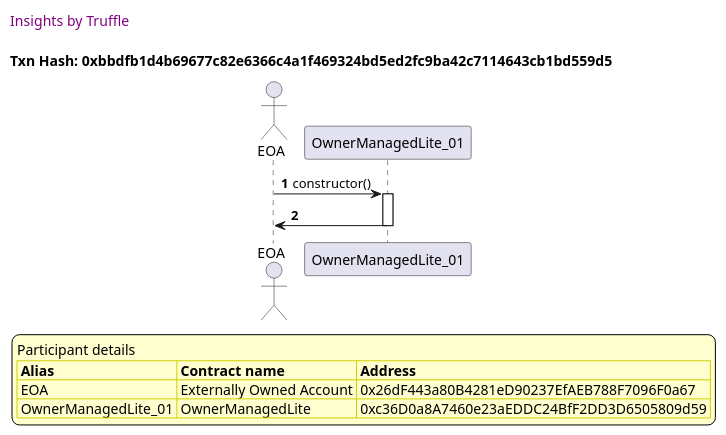
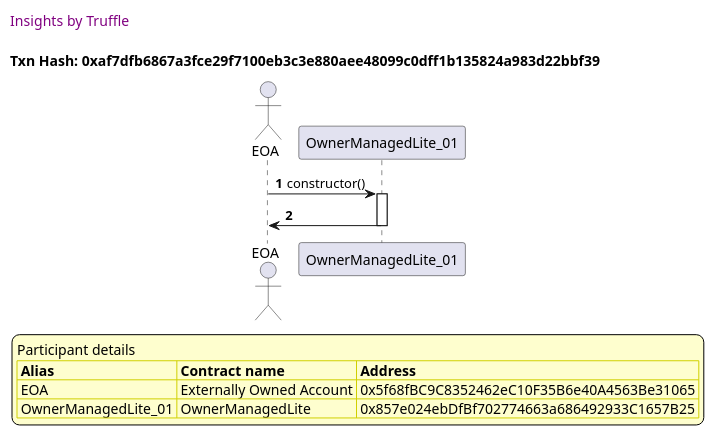
The seventh of 16 diagrams in truffle-seq/OwnerManagedLite_test_activate_deactivate_dapp.md (thedarkjester/ConsensysAssignment), drawn with PlantUML before and after one commit. The commit also changed other lines of this file and 13 other files, not shown here.

````diff
--- a/truffle-seq/OwnerManagedLite_test_activate_deactivate_dapp.md
+++ b/truffle-seq/OwnerManagedLite_test_activate_deactivate_dapp.md
@@ -295,37 +295,37 @@
 ```plantuml
 
 
 @startuml
 
 autonumber
 skinparam legendBackgroundColor #FEFECE
 
 <style>
       header {
         HorizontalAlignment left
         FontColor purple
         FontSize 14
         Padding 10
       }
     </style>
 
 header Insights by Truffle
 
-title Txn Hash: 0xbbdfb1d4b69677c82e6366c4a1f469324bd5ed2fc9ba42c7114643cb1bd559d5
+title Txn Hash: 0xaf7dfb6867a3fce29f7100eb3c3e880aee48099c0dff1b135824a983d22bbf39
 
 
 actor EOA as "EOA"
 participant OwnerManagedLite_01 as "OwnerManagedLite_01"
 
 "EOA" -> "OwnerManagedLite_01" ++: constructor()
 "OwnerManagedLite_01" -> "EOA" --: 
 
 legend
 Participant details
 <#FEFECE,#D0D000>|= Alias |= Contract name |= Address |
-<#FEFECE>| EOA | Externally Owned Account | 0x26dF443a80B4281eD90237EfAEB788F7096F0a67 |
-<#FEFECE>| OwnerManagedLite_01 | OwnerManagedLite | 0xc36D0a8A7460e23aEDDC24BfF2DD3D6505809d59 |
+<#FEFECE>| EOA | Externally Owned Account | 0x5f68fBC9C8352462eC10F35B6e40A4563Be31065 |
+<#FEFECE>| OwnerManagedLite_01 | OwnerManagedLite | 0x857e024ebDfBf702774663a686492933C1657B25 |
 endlegend
 
 @enduml
 ```
````
